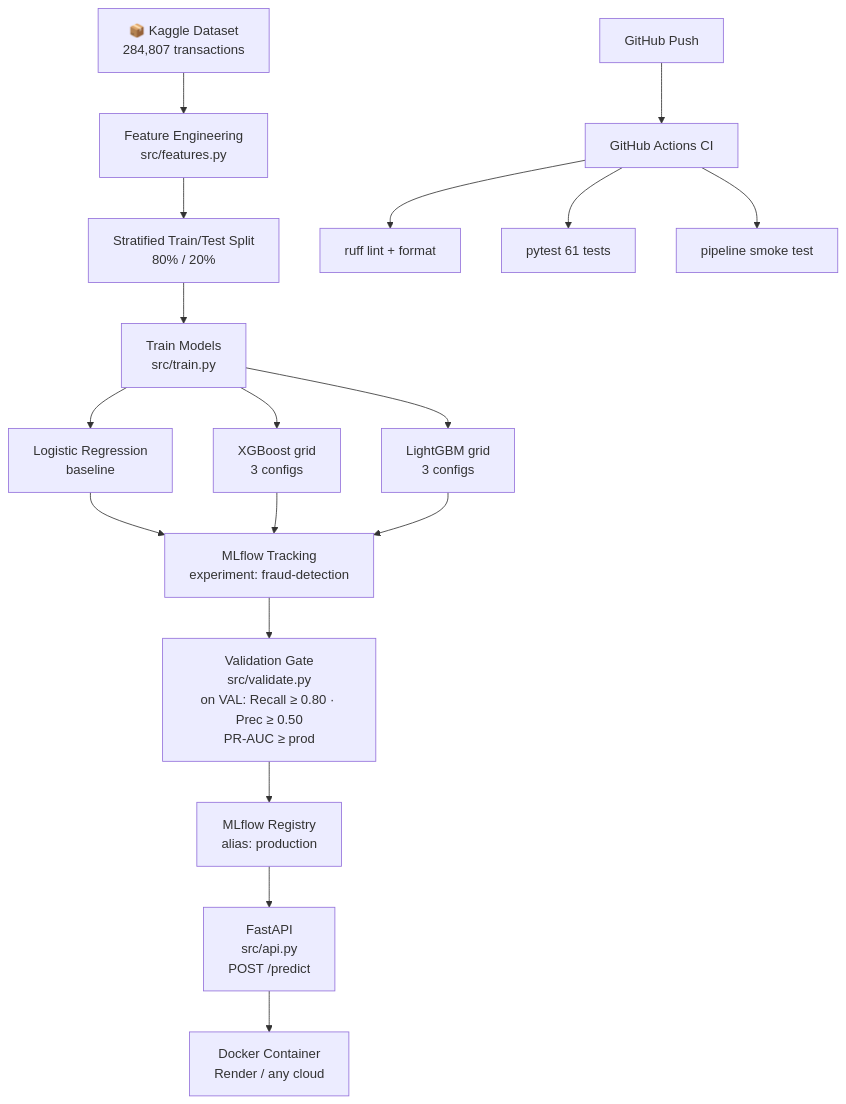
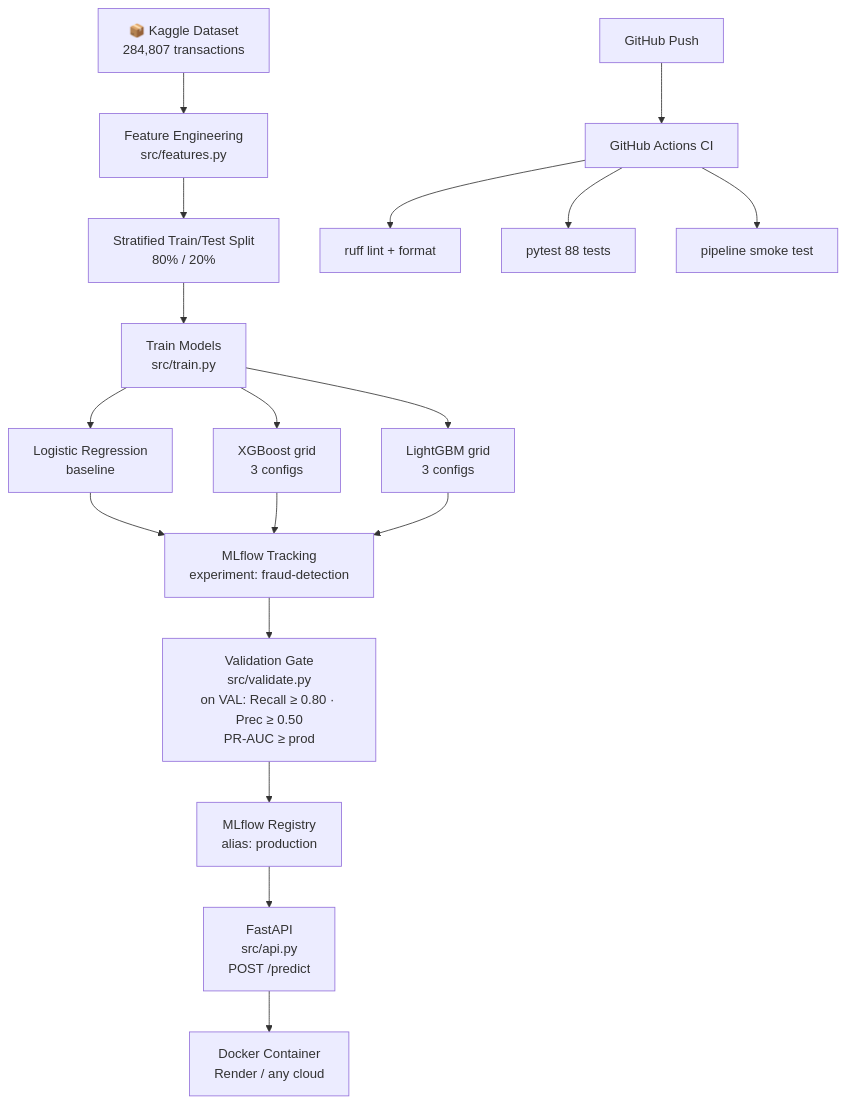
The diagram in README.md (anhquan1111/mlops-fraud-detection), drawn with Mermaid before and after one commit. The commit also changed other lines of this file and 4 other files, not shown here.

````diff
--- a/README.md
+++ b/README.md
@@ -67,22 +67,22 @@
 ```mermaid
 flowchart TD
     A[📦 Kaggle Dataset\n284,807 transactions] --> B[Feature Engineering\nsrc/features.py]
     B --> C[Stratified Train/Test Split\n80% / 20%]
     C --> D[Train Models\nsrc/train.py]
 
     D --> D1[Logistic Regression\nbaseline]
     D --> D2[XGBoost grid\n3 configs]
     D --> D3[LightGBM grid\n3 configs]
 
     D1 & D2 & D3 --> E[MLflow Tracking\nexperiment: fraud-detection]
     E --> F[Validation Gate\nsrc/validate.py\non VAL: Recall ≥ 0.80 · Prec ≥ 0.50\nPR-AUC ≥ prod]
     F --> G[MLflow Registry\nalias: production]
 
     G --> H[FastAPI\nsrc/api.py\nPOST /predict]
     H --> I[Docker Container\nRender / any cloud]
 
     J[GitHub Push] --> K[GitHub Actions CI]
     K --> K1[ruff lint + format]
-    K --> K2[pytest 61 tests]
+    K --> K2[pytest 88 tests]
     K --> K3[pipeline smoke test]
 ```
````
